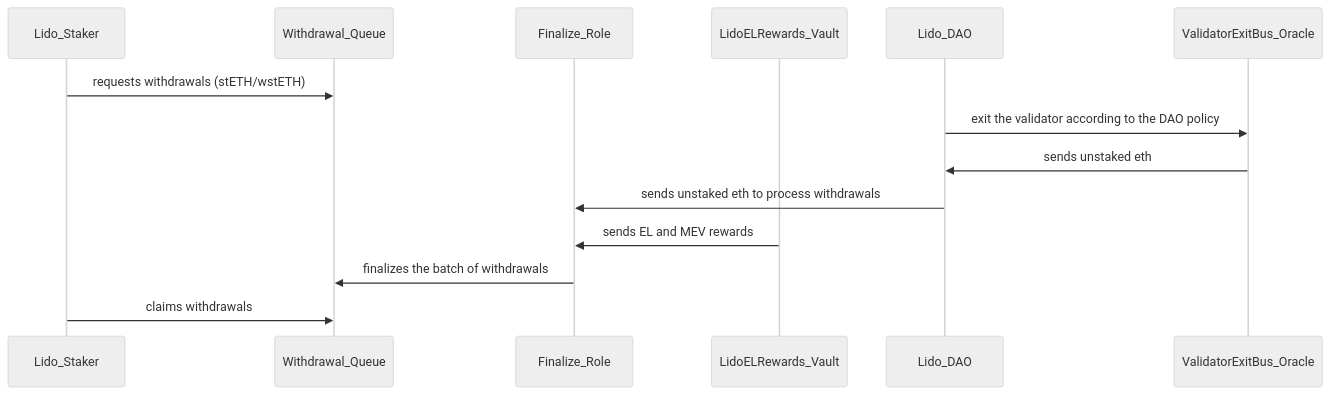
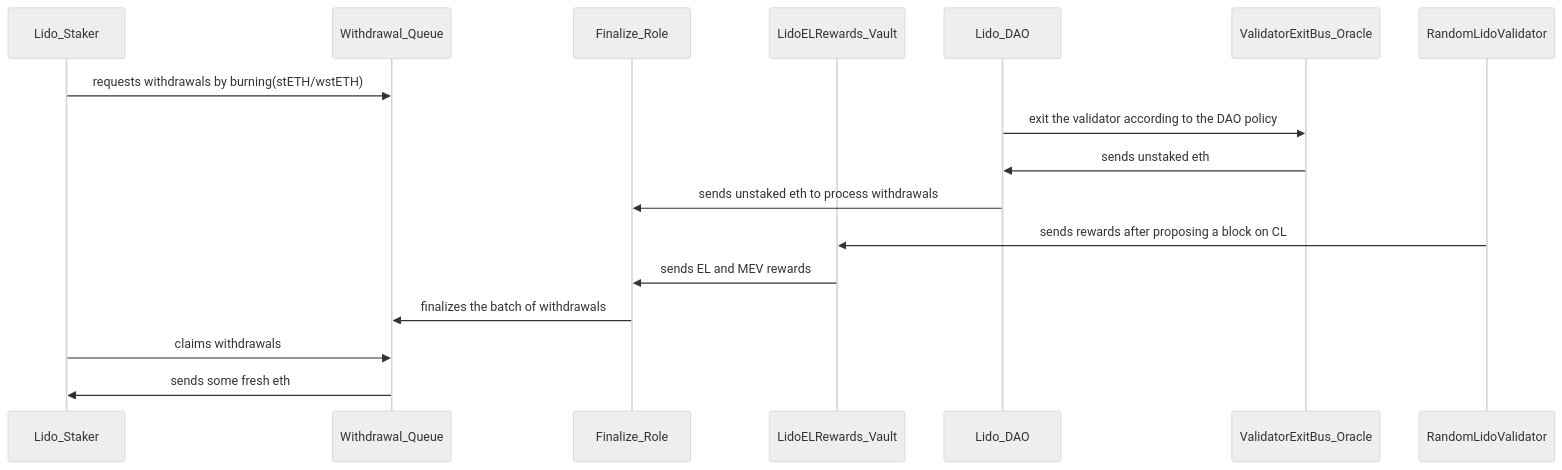
The diagram in Code4rena/Asymmetry/m_Rassska_Asymmetry_QA_report.md (Rassska/SoloAudits), drawn with Mermaid (neutral theme) before and after one commit.

````diff
--- a/Code4rena/Asymmetry/m_Rassska_Asymmetry_QA_report.md
+++ b/Code4rena/Asymmetry/m_Rassska_Asymmetry_QA_report.md
@@ -29,18 +29,21 @@
     ```mermaid
     sequenceDiagram
         participant Lido_Staker
         participant Withdrawal_Queue
         participant Finalize_Role 
         participant LidoELRewards_Vault 
         participant Lido_DAO 
         participant ValidatorExitBus_Oracle
+        participant RandomLidoValidator
 
-        Lido_Staker->>Withdrawal_Queue: requests withdrawals (stETH/wstETH)
+        Lido_Staker->>Withdrawal_Queue: requests withdrawals by burning(stETH/wstETH)
         Lido_DAO->>ValidatorExitBus_Oracle: exit the validator according to the DAO policy
         ValidatorExitBus_Oracle->>Lido_DAO: sends unstaked eth
         Lido_DAO->>Finalize_Role: sends unstaked eth to process withdrawals
+        RandomLidoValidator->>LidoELRewards_Vault: sends rewards after proposing a block on CL
         LidoELRewards_Vault->>Finalize_Role: sends EL and MEV rewards
         Finalize_Role->>Withdrawal_Queue: finalizes the batch of withdrawals
         Lido_Staker->>Withdrawal_Queue: claims withdrawals
+        Withdrawal_Queue->>Lido_Staker: sends some fresh eth
 
     ```
````
